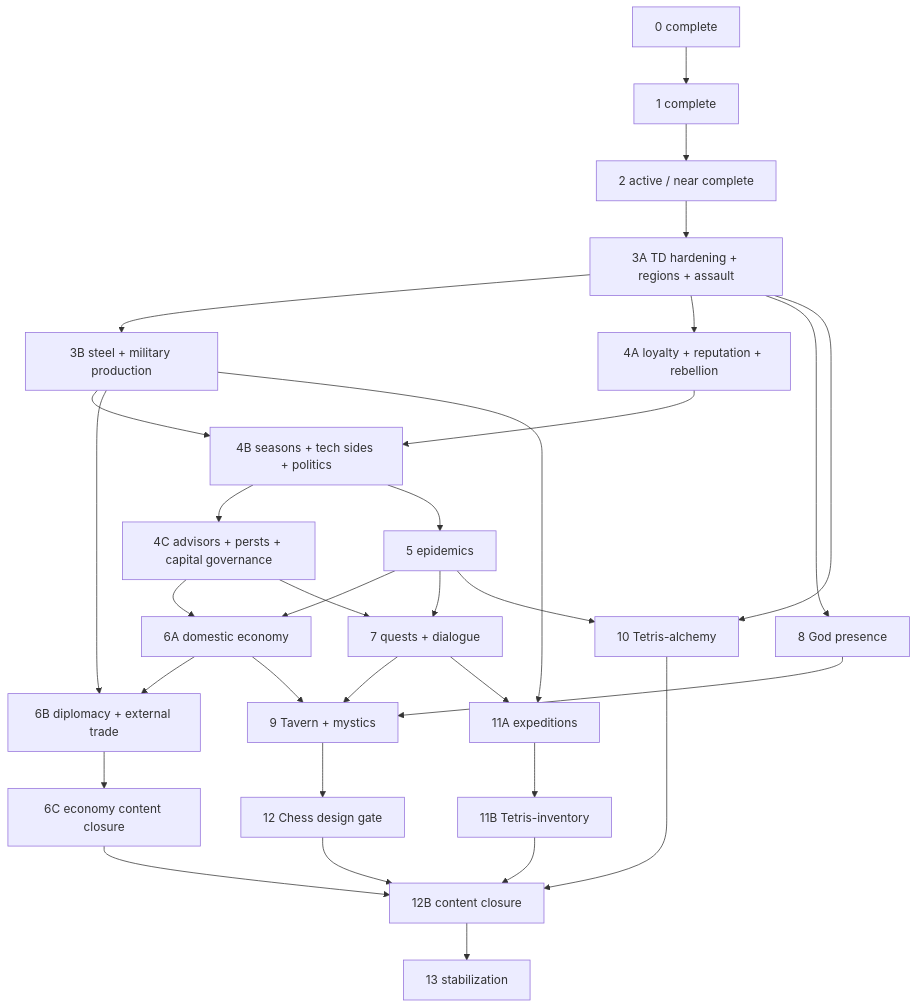
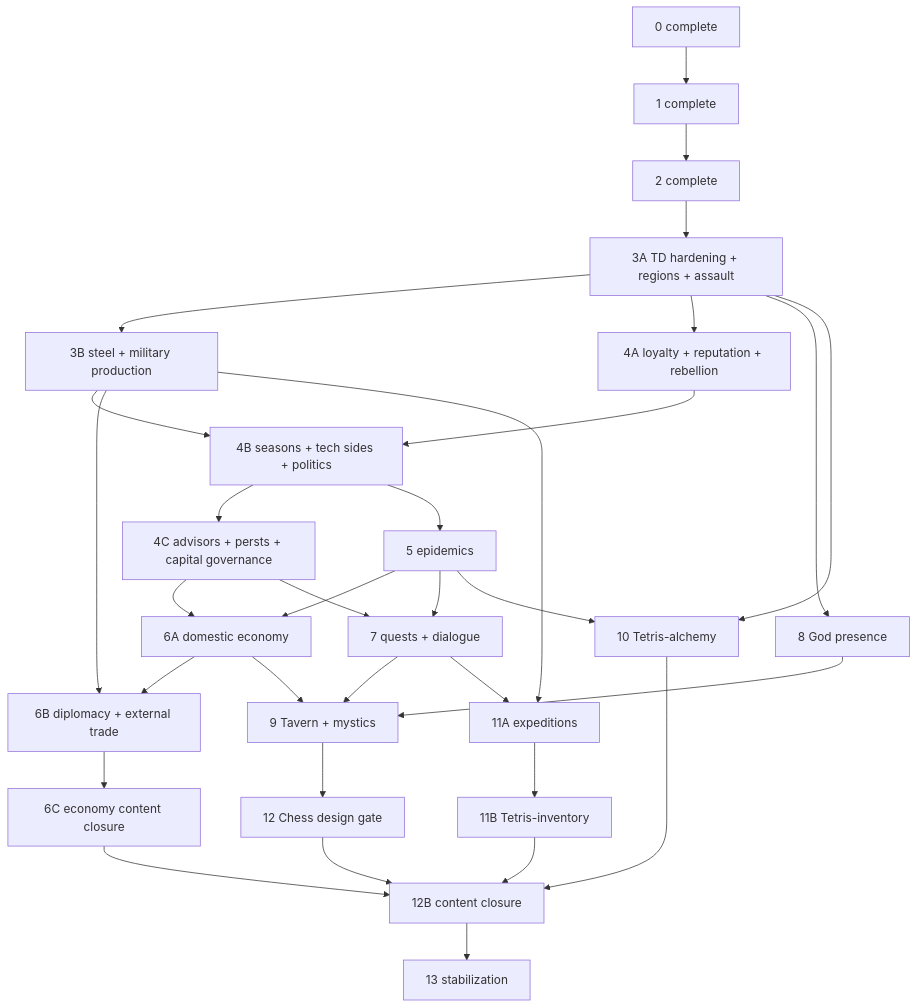
Before and after one commit to akulihin/King-of-the-Garbage-Hill: the diagram in plans/empires-endgame/README.md, drawn with Mermaid. The commit also changed other lines of this file and 4 other files, not shown here.

````diff
--- a/plans/empires-endgame/README.md
+++ b/plans/empires-endgame/README.md
@@ -45,34 +45,34 @@
 ```mermaid
 graph TD
   P0[0 complete] --> P1[1 complete]
-  P1 --> P2[2 active / near complete]
+  P1 --> P2[2 complete]
   P2 --> P3A[3A TD hardening + regions + assault]
   P3A --> P3B[3B steel + military production]
   P3A --> P4A[4A loyalty + reputation + rebellion]
   P3B --> P4B[4B seasons + tech sides + politics]
   P4A --> P4B
   P4B --> P4C[4C advisors + persts + capital governance]
   P4B --> P5[5 epidemics]
   P4C --> P6A[6A domestic economy]
   P5 --> P6A
   P3B --> P6B[6B diplomacy + external trade]
   P6A --> P6B
   P6B --> P6C[6C economy content closure]
   P5 --> P7[7 quests + dialogue]
   P4C --> P7
   P3A --> P8[8 God presence]
   P6A --> P9[9 Tavern + mystics]
   P7 --> P9
   P8 --> P9
   P3A --> P10[10 Tetris-alchemy]
   P5 --> P10
   P3B --> P11A[11A expeditions]
   P7 --> P11A
   P11A --> P11B[11B Tetris-inventory]
   P9 --> P12[12 Chess design gate]
   P6C --> P12B[12B content closure]
   P10 --> P12B
   P11B --> P12B
   P12 --> P12B
   P12B --> P13[13 stabilization]
 ```
````
